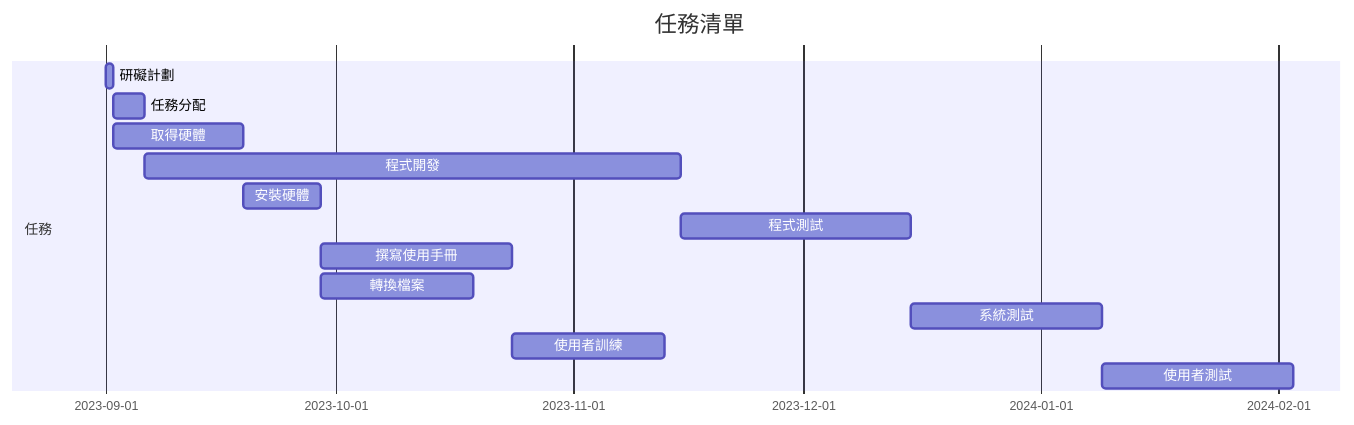
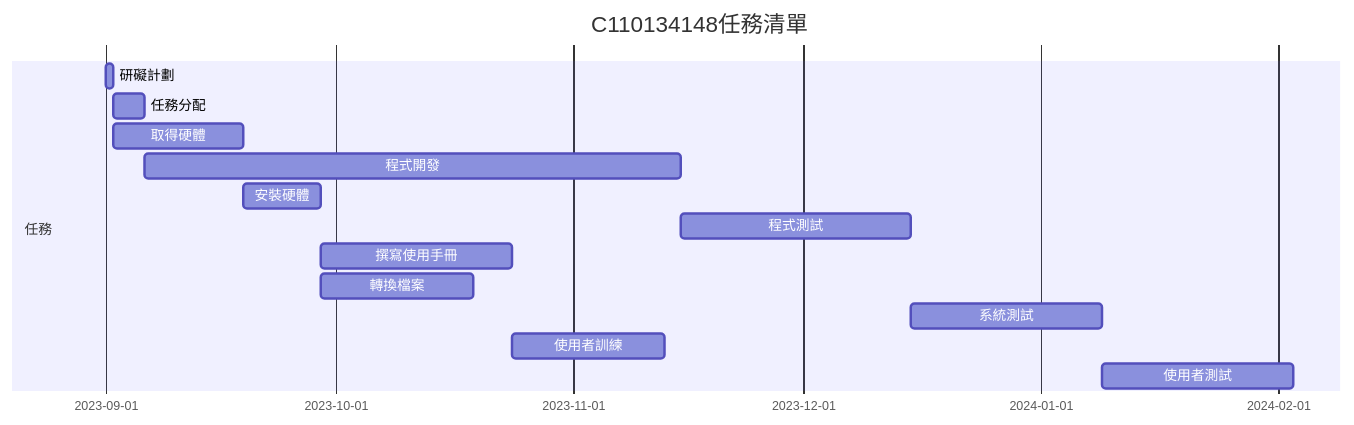
One commit to C110134148/23a changed the diagram in hw2.md. Above: the diagram before and after it, drawn with Mermaid.

Commit message:
Update hw2.md C110134148hw2

````diff
--- a/hw2.md
+++ b/hw2.md
@@ -3,17 +3,17 @@
 ```mermaid
 gantt
-    title 任務清單
+    title C110134148任務清單
 
     section 任務
     研礙計劃           :a1, 2023-09-01, 1d
     任務分配           :a2, after a1  , 4d
     取得硬體           :a3, after a1  , 17d
     程式開發           :a4, after a2  , 70d
     安裝硬體           :a5, after a3  , 10d
     程式測試           :a6, after a4  , 30d
     撰寫使用手冊        :a7, after a5  , 25d
     轉換檔案           :a8, after a5  , 20d
     系統測試           :a9, after a6  , 25d
     使用者訓練         :a10, after a7  , 20d
     使用者測試         :a11, after a9  , 25d
 ```
````
